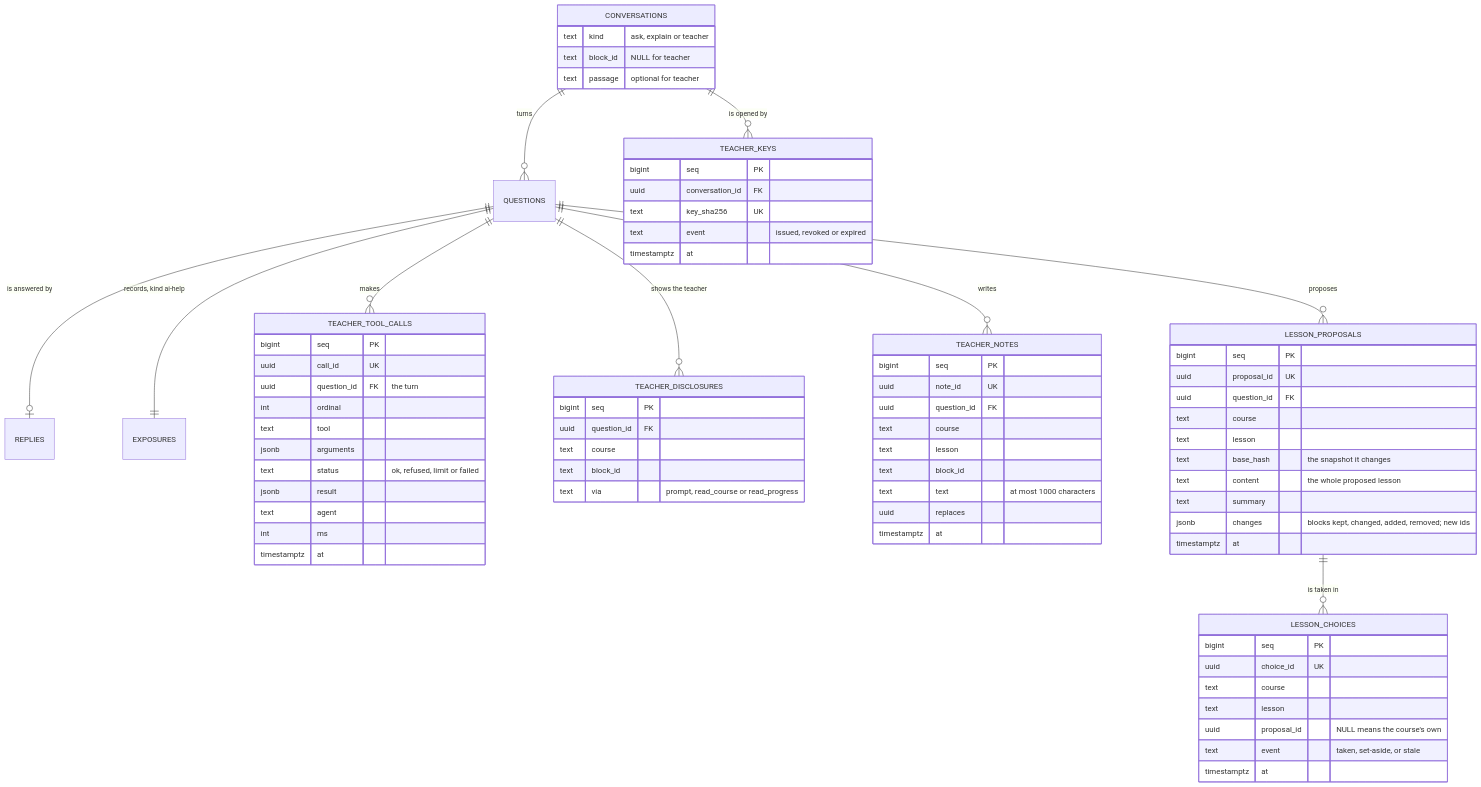
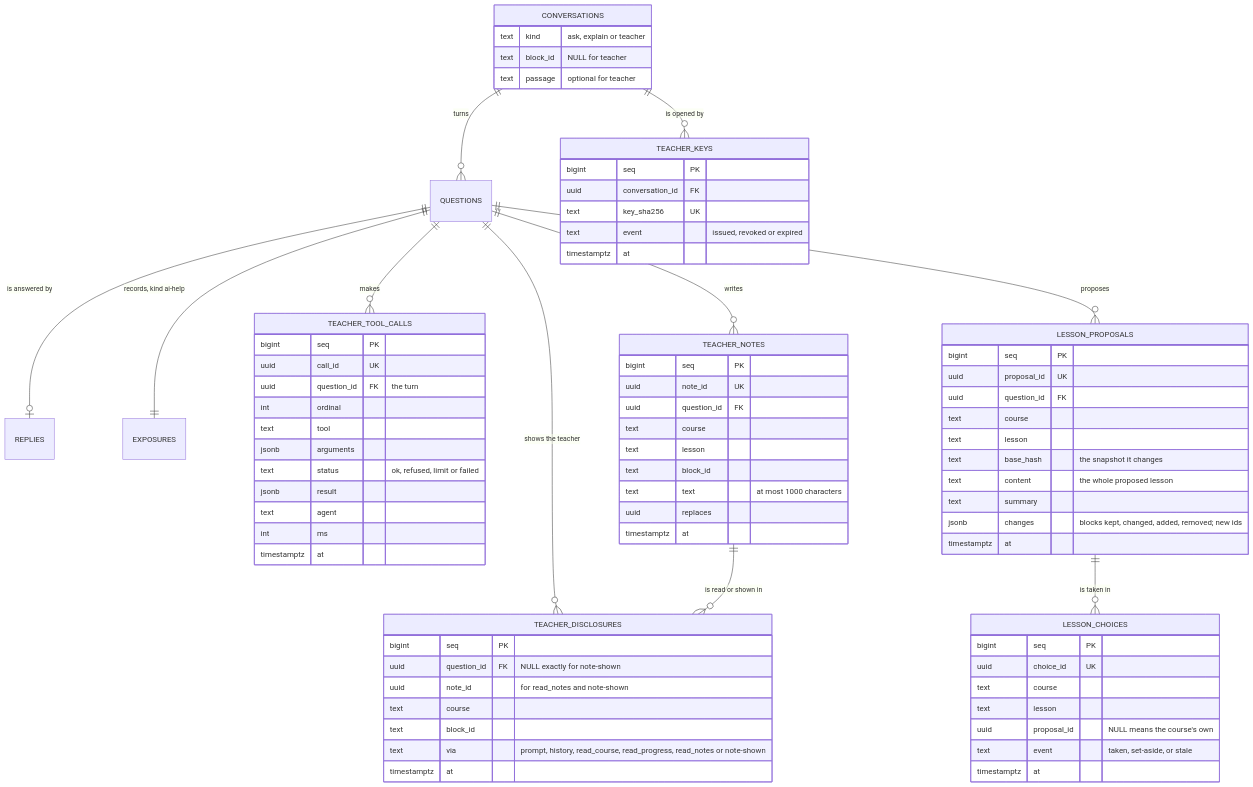
The fourth of 5 diagrams in docs/rfc/0011-asking-the-teacher.md (flyingrobots/school), drawn with Mermaid before and after one commit. The commit also changed other lines of this file, not shown here.

````diff
--- a/docs/rfc/0011-asking-the-teacher.md
+++ b/docs/rfc/0011-asking-the-teacher.md
@@ -356,76 +361,79 @@
 ```mermaid
 erDiagram
     CONVERSATIONS ||--o{ QUESTIONS : "turns"
     QUESTIONS ||--o| REPLIES : "is answered by"
     QUESTIONS ||--|| EXPOSURES : "records, kind ai-help"
     CONVERSATIONS ||--o{ TEACHER_KEYS : "is opened by"
     QUESTIONS ||--o{ TEACHER_TOOL_CALLS : "makes"
     QUESTIONS ||--o{ TEACHER_DISCLOSURES : "shows the teacher"
     QUESTIONS ||--o{ TEACHER_NOTES : "writes"
+    TEACHER_NOTES ||--o{ TEACHER_DISCLOSURES : "is read or shown in"
     QUESTIONS ||--o{ LESSON_PROPOSALS : "proposes"
     LESSON_PROPOSALS ||--o{ LESSON_CHOICES : "is taken in"
     CONVERSATIONS {
         text kind "ask, explain or teacher"
         text block_id "NULL for teacher"
         text passage "optional for teacher"
     }
     TEACHER_KEYS {
         bigint seq PK
         uuid conversation_id FK
         text key_sha256 UK
         text event "issued, revoked or expired"
         timestamptz at
     }
     TEACHER_TOOL_CALLS {
         bigint seq PK
         uuid call_id UK
         uuid question_id FK "the turn"
         int ordinal
         text tool
         jsonb arguments
         text status "ok, refused, limit or failed"
         jsonb result
         text agent
         int ms
         timestamptz at
     }
     TEACHER_DISCLOSURES {
         bigint seq PK
-        uuid question_id FK
+        uuid question_id FK "NULL exactly for note-shown"
+        uuid note_id "for read_notes and note-shown"
         text course
         text block_id
-        text via "prompt, read_course or read_progress"
+        text via "prompt, history, read_course, read_progress, read_notes or note-shown"
+        timestamptz at
     }
     TEACHER_NOTES {
         bigint seq PK
         uuid note_id UK
         uuid question_id FK
         text course
         text lesson
         text block_id
         text text "at most 1000 characters"
         uuid replaces
         timestamptz at
     }
     LESSON_PROPOSALS {
         bigint seq PK
         uuid proposal_id UK
         uuid question_id FK
         text course
         text lesson
         text base_hash "the snapshot it changes"
         text content "the whole proposed lesson"
         text summary
         jsonb changes "blocks kept, changed, added, removed; new ids"
         timestamptz at
     }
     LESSON_CHOICES {
         bigint seq PK
         uuid choice_id UK
         text course
         text lesson
         uuid proposal_id "NULL means the course's own"
         text event "taken, set-aside, or stale"
         timestamptz at
     }
 ```
````
